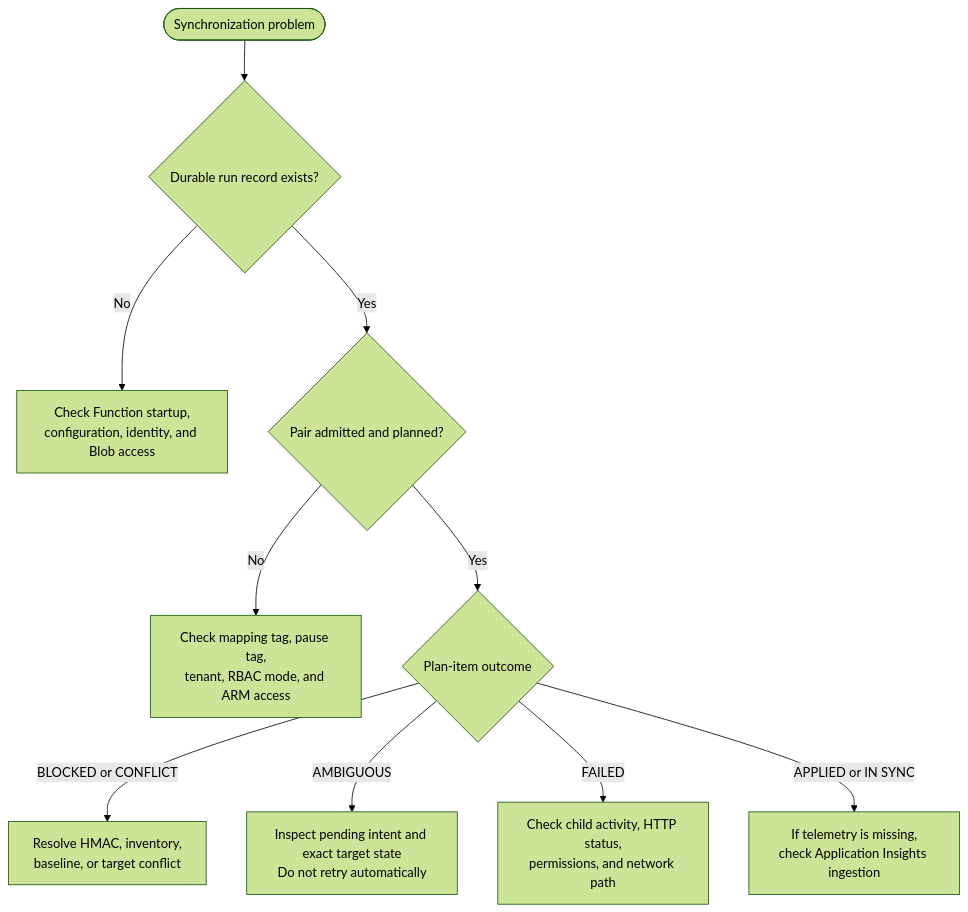
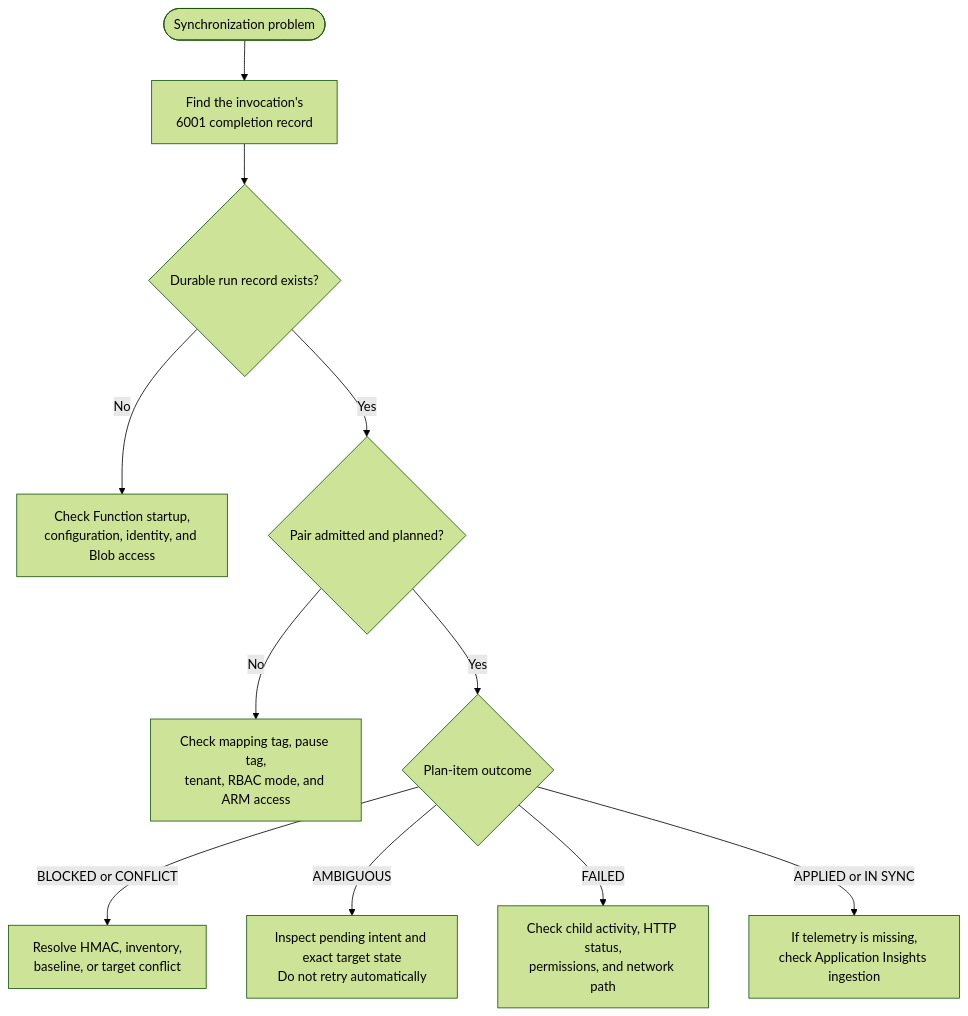
Before and after one commit to amgdy/keyvault-sync: the diagram in doc/troubleshooting.md, drawn with Mermaid (forest theme). The commit also changed other lines of this file and 22 other files, not shown here.

````diff
--- a/doc/troubleshooting.md
+++ b/doc/troubleshooting.md
@@ -5,12 +5,13 @@
 ```mermaid
 flowchart TD
-    Symptom([Synchronization problem]) --> RunRecord{Durable run record exists?}
+    Symptom([Synchronization problem]) --> Invocation["Find the invocation's<br/>6001 completion record"]
+    Invocation --> RunRecord{Durable run record exists?}
     RunRecord -- No --> Startup["Check Function startup,<br/>configuration, identity, and Blob access"]
     RunRecord -- Yes --> PairStatus{Pair admitted and planned?}
     PairStatus -- No --> Discovery["Check mapping tag, pause tag,<br/>tenant, RBAC mode, and ARM access"]
     PairStatus -- Yes --> Outcome{Plan-item outcome}
     Outcome -->|BLOCKED or CONFLICT| Preconditions["Resolve HMAC, inventory,<br/>baseline, or target conflict"]
     Outcome -->|AMBIGUOUS| Intent["Inspect pending intent and exact target state<br/>Do not retry automatically"]
     Outcome -->|FAILED| Dependency["Check child activity, HTTP status,<br/>permissions, and network path"]
     Outcome -->|APPLIED or IN SYNC| Telemetry["If telemetry is missing,<br/>check Application Insights ingestion"]
 ```
````
